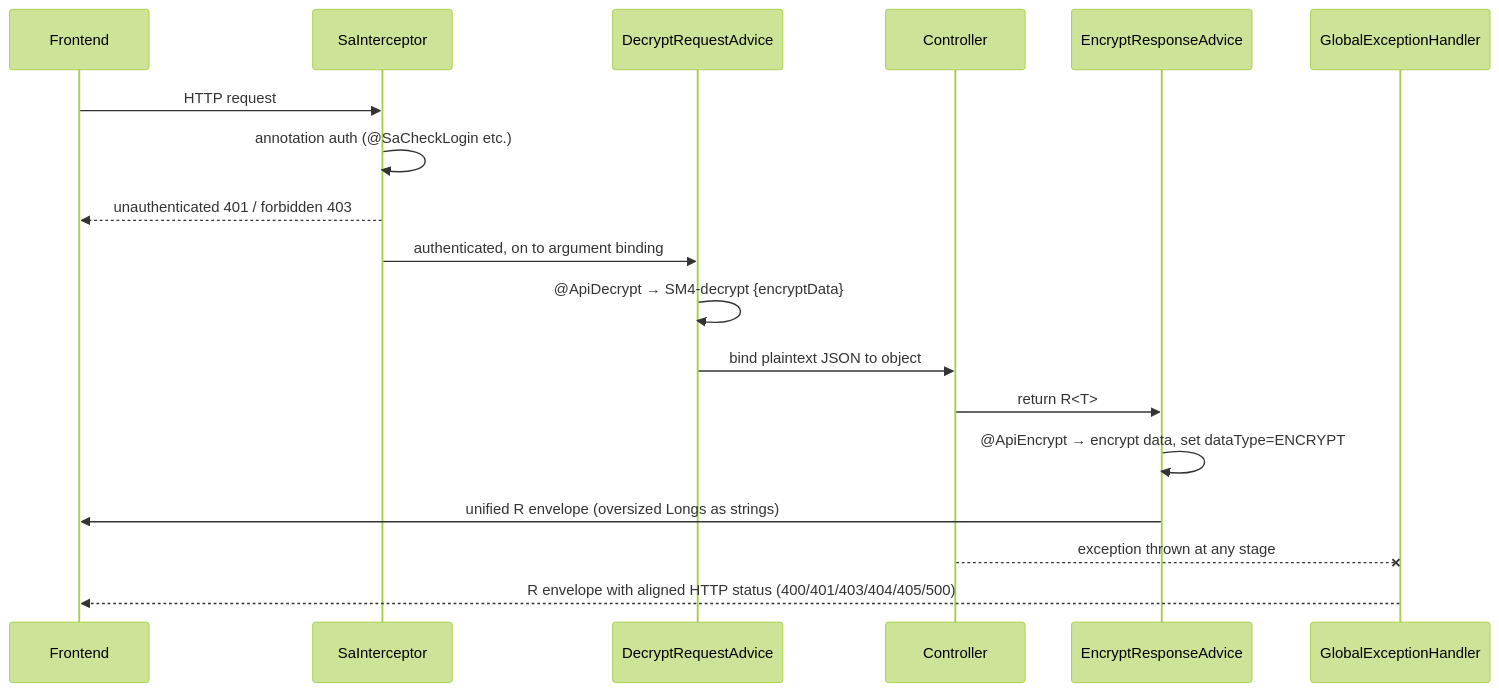
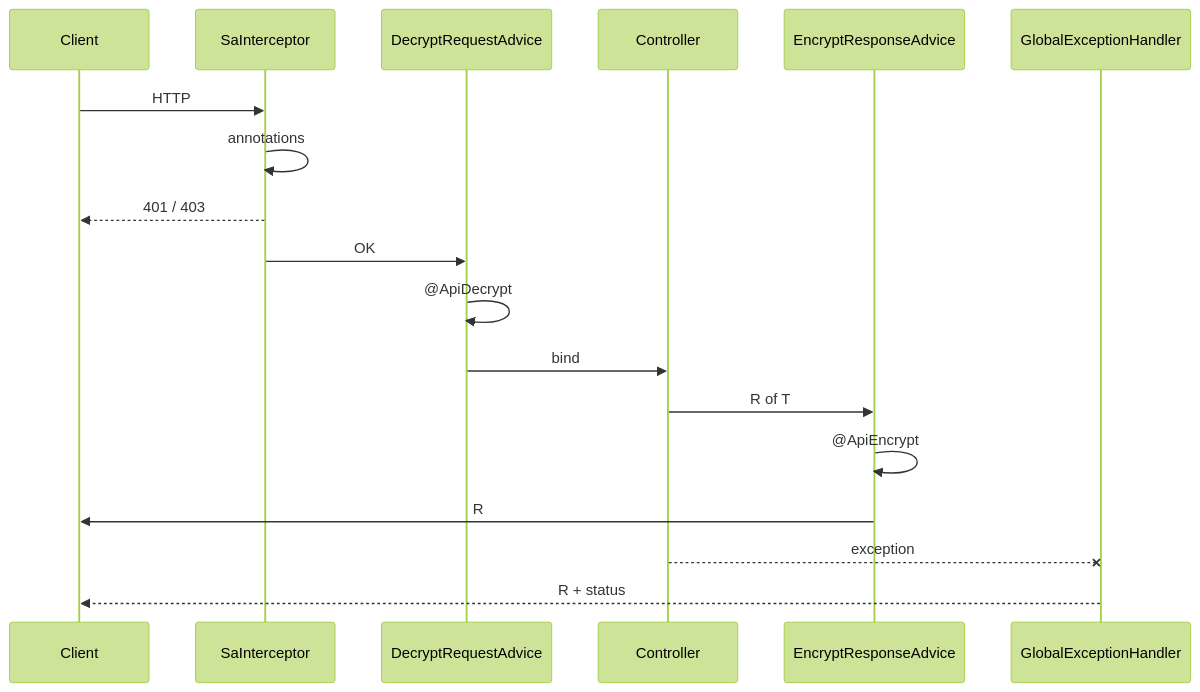
The second of 2 diagrams in README_EN.md (mugsun/mugsun-core), drawn with Mermaid (forest theme) before and after one commit. The commit also changed other lines of this file and 1 other file, not shown here.

````diff
--- a/README_EN.md
+++ b/README_EN.md
@@ -97,21 +110,21 @@
 ```mermaid
 sequenceDiagram
-	participant FE as Frontend
-	participant SA as SaInterceptor
-	participant DA as DecryptRequestAdvice
-	participant CTL as Controller
-	participant EA as EncryptResponseAdvice
-	participant EH as GlobalExceptionHandler
+  participant FE as Client
+  participant SA as SaInterceptor
+  participant DA as DecryptRequestAdvice
+  participant CTL as Controller
+  participant EA as EncryptResponseAdvice
+  participant EH as GlobalExceptionHandler
 
-	FE->>SA: HTTP request
-	SA->>SA: annotation auth (@SaCheckLogin etc.)
-	SA-->>FE: unauthenticated 401 / forbidden 403
-	SA->>DA: authenticated, on to argument binding
-	DA->>DA: @ApiDecrypt → SM4-decrypt {encryptData}
-	DA->>CTL: bind plaintext JSON to object
-	CTL->>EA: return R<T>
-	EA->>EA: @ApiEncrypt → encrypt data, set dataType=ENCRYPT
-	EA->>FE: unified R envelope (oversized Longs as strings)
-	CTL--xEH: exception thrown at any stage
-	EH-->>FE: R envelope with aligned HTTP status (400/401/403/404/405/500)
+  FE->>SA: HTTP
+  SA->>SA: annotations
+  SA-->>FE: 401 / 403
+  SA->>DA: OK
+  DA->>DA: @ApiDecrypt
+  DA->>CTL: bind
+  CTL->>EA: R of T
+  EA->>EA: @ApiEncrypt
+  EA->>FE: R
+  CTL--xEH: exception
+  EH-->>FE: R + status
 ```
````
